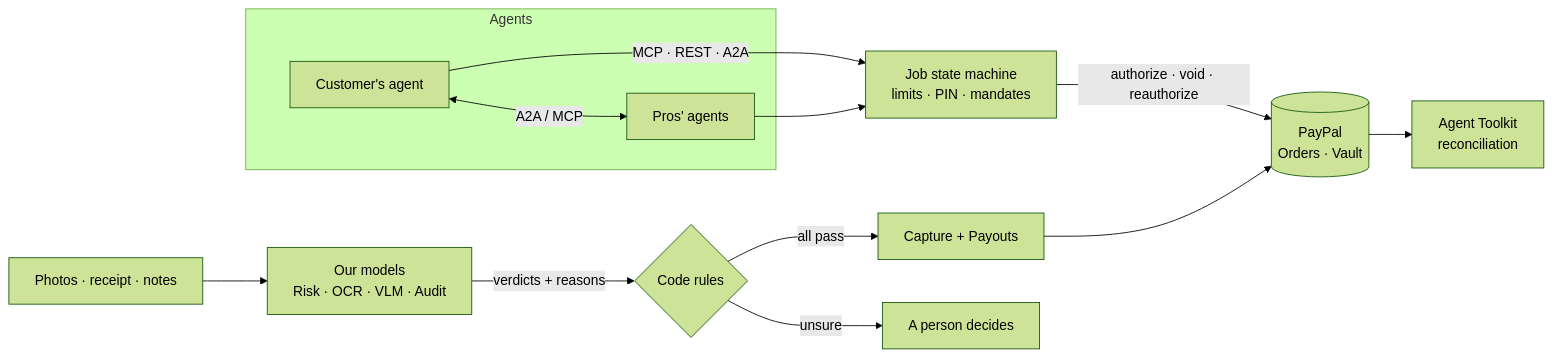
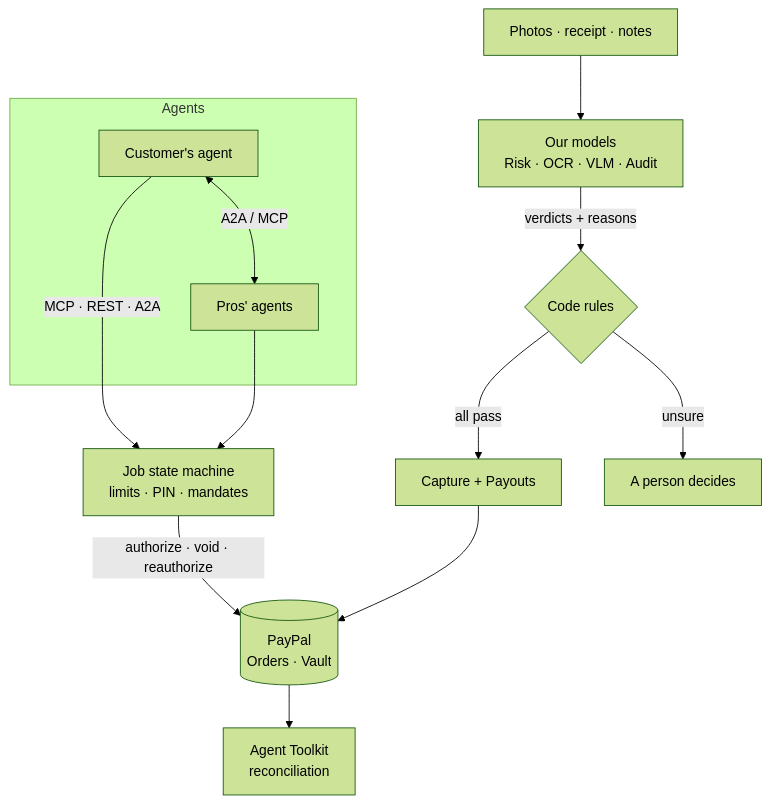
Before and after one commit to gino6178/veripay: the diagram in README.md, drawn with Mermaid (forest theme).

Commit message:
README: top-down diagram

````diff
--- a/README.md
+++ b/README.md
@@ -35,15 +35,15 @@
 ```mermaid
-flowchart LR
+flowchart TD
   subgraph Agents
     C[Customer's agent] <-->|A2A / MCP| P[Pros' agents]
   end
   C -->|MCP · REST · A2A| J[Job state machine<br/>limits · PIN · mandates]
   P --> J
   J -->|authorize · void · reauthorize| PP[(PayPal<br/>Orders · Vault)]
   E[Photos · receipt · notes] --> M[Our models<br/>Risk · OCR · VLM · Audit]
   M -->|verdicts + reasons| R{Code rules}
   R -->|all pass| PC[Capture + Payouts]
   R -->|unsure| H[A person decides]
   PC --> PP
   PP --> K[Agent Toolkit<br/>reconciliation]
 ```
````
